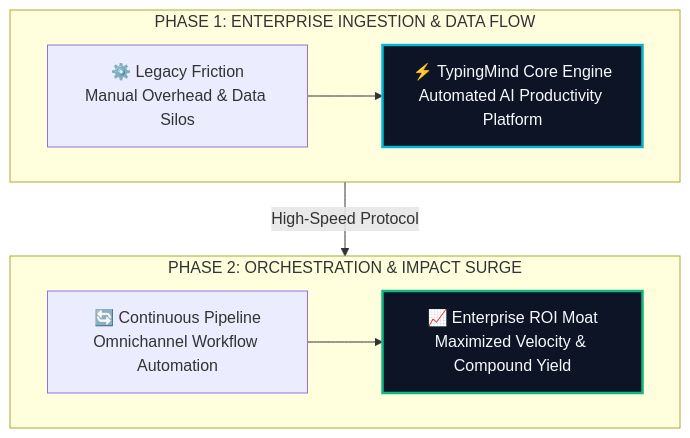
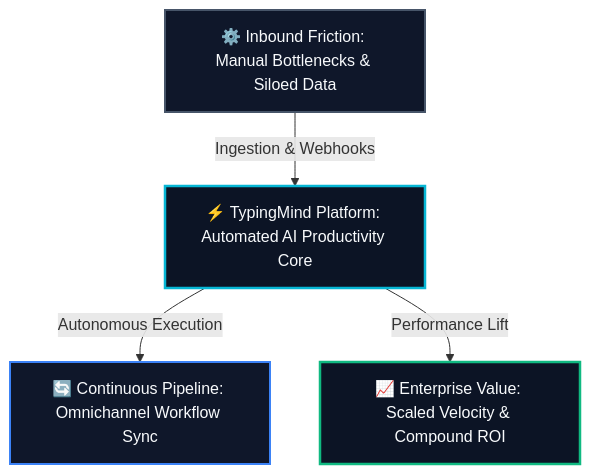
Before and after one commit to heliatech-media/saas-radar: the diagram in site/src/content/blog/typing-mind-evolution-guide-2026.md, drawn with Mermaid. The commit also changed 93 other files, not shown here.

First line of the commit message:
fix(diagrams): resolve dagre-d3 subgraph collision by migrating to balanced 3-tier Hub & Spoke architecture

````diff
--- a/site/src/content/blog/typing-mind-evolution-guide-2026.md
+++ b/site/src/content/blog/typing-mind-evolution-guide-2026.md
@@ -51,14 +51,14 @@
 ```mermaid
 flowchart TD
-    subgraph S1["PHASE 1: ENTERPRISE INGESTION & DATA FLOW"]
-        direction LR
-        A["⚙️ Legacy Friction<br/>Manual Overhead & Data Silos"] --> B["⚡ TypingMind Core Engine<br/>Automated AI Productivity Platform"]
-    end
-    subgraph S2["PHASE 2: ORCHESTRATION & IMPACT SURGE"]
-        direction LR
-        C["🔄 Continuous Pipeline<br/>Omnichannel Workflow Automation"] --> D["📈 Enterprise ROI Moat<br/>Maximized Velocity & Compound Yield"]
-    end
-    S1 -->|High-Speed Protocol| S2
-    style B fill:#0c1425,stroke:#06b6d4,stroke-width:2.5px,color:#f8fafc
-    style D fill:#0c1425,stroke:#10b981,stroke-width:2.5px,color:#f8fafc
+    Inp["⚙️ Inbound Friction: Manual Bottlenecks & Siloed Data"]
+    Eng["⚡ TypingMind Platform: Automated AI Productivity Core"]
+    Out1["🔄 Continuous Pipeline: Omnichannel Workflow Sync"]
+    Out2["📈 Enterprise Value: Scaled Velocity & Compound ROI"]
+    Inp -->|Ingestion & Webhooks| Eng
+    Eng -->|Autonomous Execution| Out1
+    Eng -->|Performance Lift| Out2
+    style Inp fill:#0f172a,stroke:#475569,stroke-width:2px,color:#f8fafc
+    style Eng fill:#0c1425,stroke:#06b6d4,stroke-width:2.5px,color:#f8fafc
+    style Out1 fill:#0f172a,stroke:#3b82f6,stroke-width:2px,color:#f8fafc
+    style Out2 fill:#0c1425,stroke:#10b981,stroke-width:2.5px,color:#f8fafc
 ```
````
